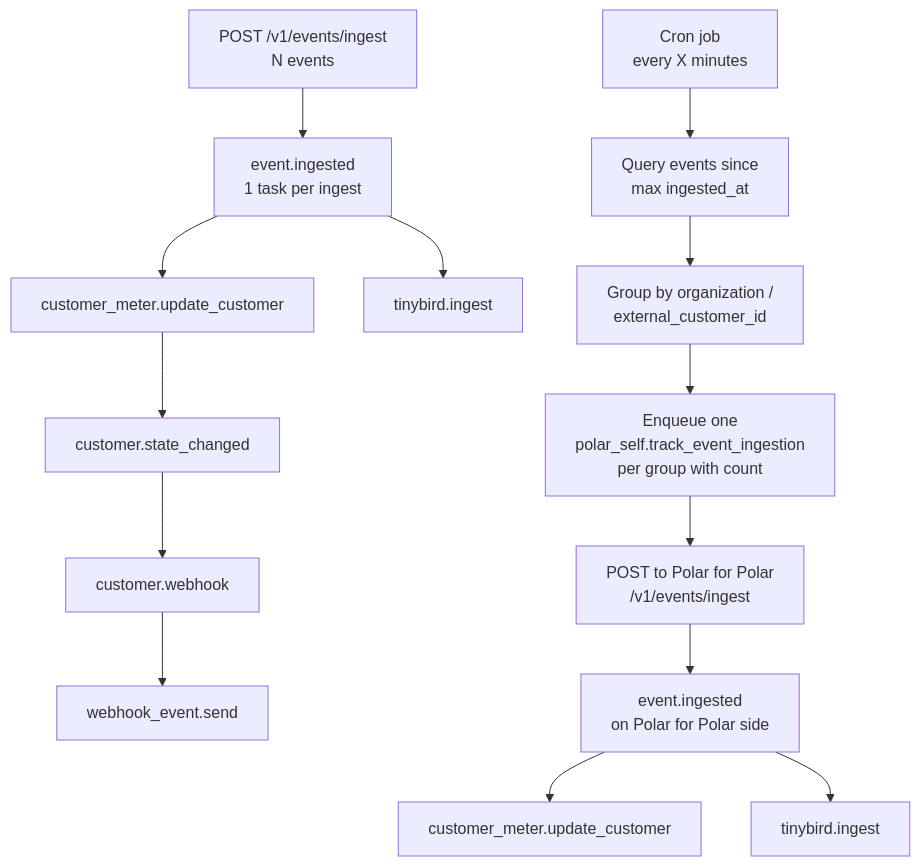
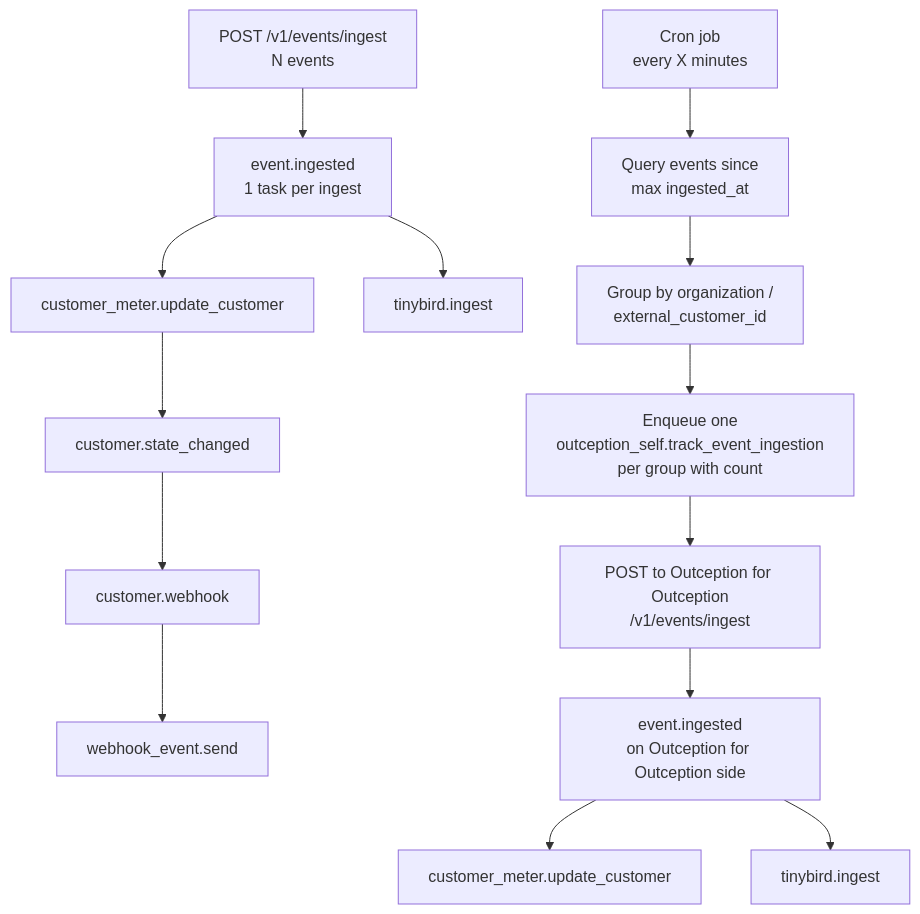
The third of 3 diagrams in handbook/engineering/design-documents/outception-for-outception.mdx (outception/outception), drawn with Mermaid before and after one commit. The commit also changed other lines of this file and 12 other files, not shown here.

````diff
--- a/handbook/engineering/design-documents/outception-for-outception.mdx
+++ b/handbook/engineering/design-documents/outception-for-outception.mdx
@@ -226,17 +226,17 @@
 ```mermaid
 flowchart TD
       A[POST /v1/events/ingest<br/>N events] --> B[event.ingested<br/>1 task per ingest]
       B --> C[customer_meter.update_customer]
       B --> D[tinybird.ingest]
       C --> E[customer.state_changed]
       E --> F[customer.webhook]
       F --> G[webhook_event.send]
 
       H[Cron job<br/>every X minutes] --> I[Query events since<br/>max ingested_at]
       I --> J[Group by organization /<br/>external_customer_id]
-      J --> K[Enqueue one<br/>polar_self.track_event_ingestion<br/>per group with count]
-      K --> L[POST to Polar for Polar<br/>/v1/events/ingest]
-      L --> M[event.ingested<br/>on Polar for Polar side]
+      J --> K[Enqueue one<br/>outception_self.track_event_ingestion<br/>per group with count]
+      K --> L[POST to Outception for Outception<br/>/v1/events/ingest]
+      L --> M[event.ingested<br/>on Outception for Outception side]
       M --> N[customer_meter.update_customer]
       M --> O[tinybird.ingest]
 ```
````
